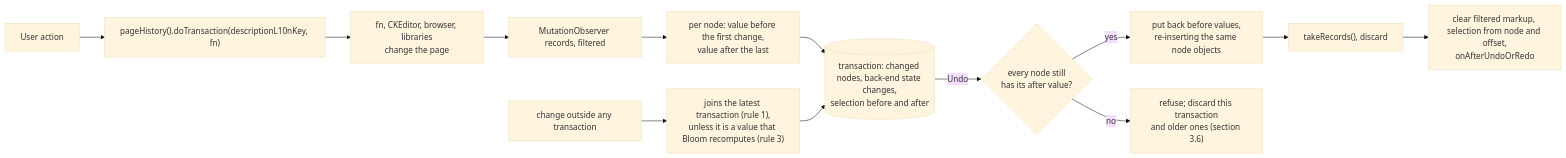
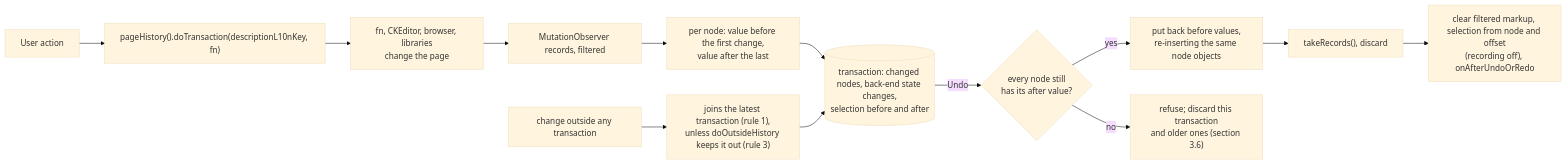
One commit to BloomBooks/BloomDesktop changed the fifth of 10 diagrams in docs/undo/APPROACHES.md. Above: the diagram before and after it, drawn with Mermaid (base theme). The commit also changed other lines of this file and 3 other files, not shown here.

````diff
--- a/docs/undo/APPROACHES.md
+++ b/docs/undo/APPROACHES.md
@@ -1304,15 +1343,15 @@
 ```mermaid
 flowchart LR
   A["User action"] --> B["pageHistory().doTransaction(descriptionL10nKey, fn)"]
   B --> D["fn, CKEditor, browser, libraries<br/>change the page"]
   D --> O["MutationObserver records, filtered"]
   O --> C["per node: value before the first change,<br/>value after the last"]
   C --> F[("transaction: changed nodes, back-end state changes,<br/>selection before and after")]
-  U["change outside any transaction"] --> O2["joins the latest transaction (rule 1),<br/>unless it is a value that Bloom recomputes (rule 3)"]
+  U["change outside any transaction"] --> O2["joins the latest transaction (rule 1),<br/>unless doOutsideHistory keeps it out (rule 3)"]
   O2 --> F
   F -- "Undo" --> G{"every node still<br/>has its after value?"}
   G -- "yes" --> H["put back before values,<br/>re-inserting the same node objects"]
   G -- "no" --> K["refuse; discard this transaction<br/>and older ones (section 3.6)"]
   H --> T["takeRecords(), discard"]
-  T --> I["clear filtered markup, selection from node and offset,<br/>onAfterUndoOrRedo"]
+  T --> I["clear filtered markup, selection from node and offset<br/>(recording off), onAfterUndoOrRedo"]
 ```
````
